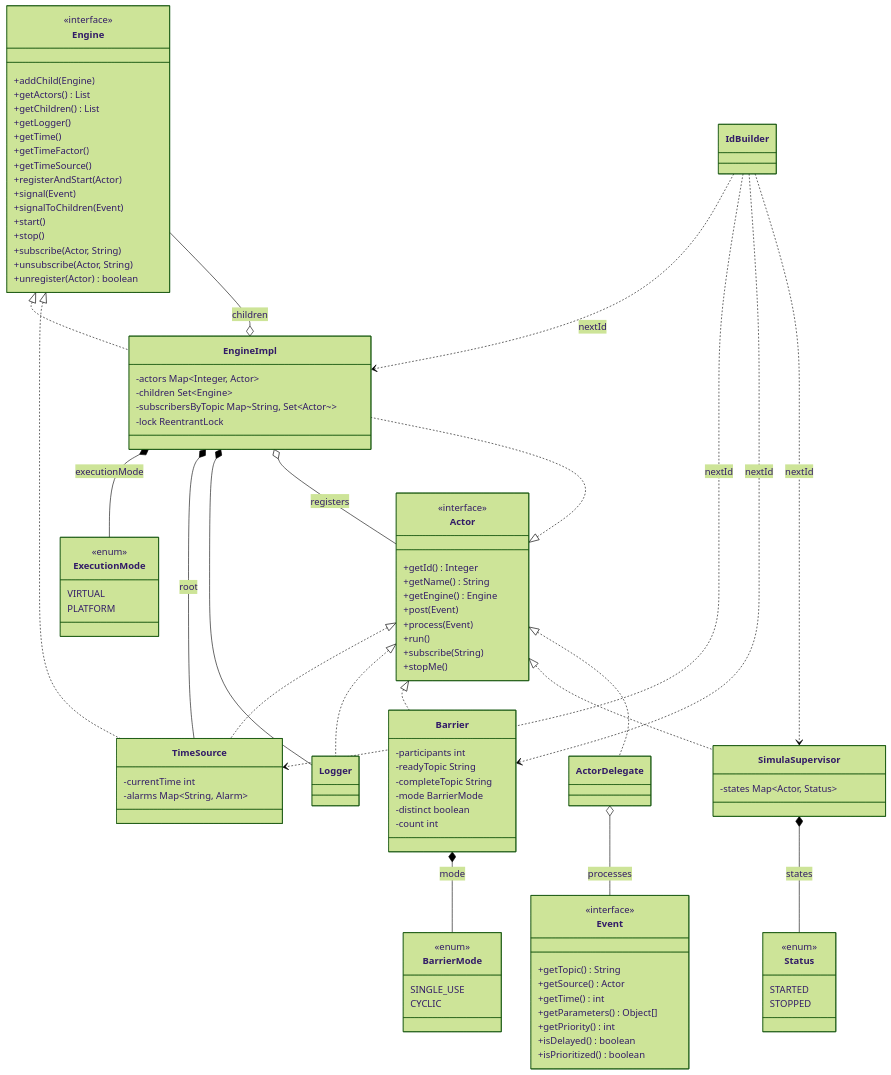
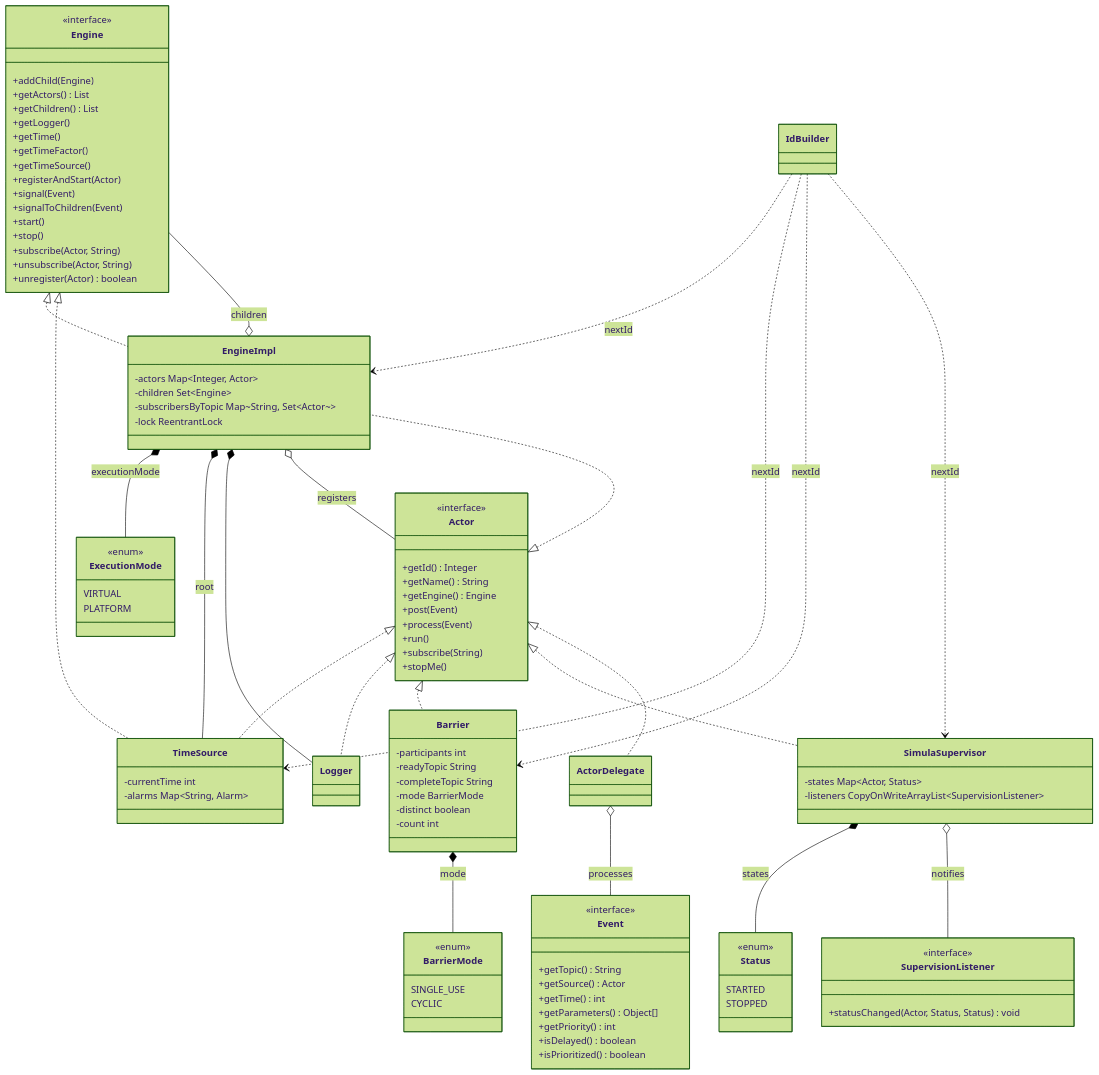
Before and after one commit to JPnCo/simula: the first of 5 diagrams in architecture.md, drawn with Mermaid (forest theme). The commit also changed other lines of this file and 13 other files, not shown here.

First line of the commit message:
Add supervision listener notification to SimulaSupervisor

```diff
--- a/architecture.md
+++ b/architecture.md
@@ -82,6 +82,11 @@
     class Logger
     class SimulaSupervisor {
         -states Map~Actor, Status~
+        -listeners CopyOnWriteArrayList~SupervisionListener~
+    }
+    class SupervisionListener {
+        <<interface>>
+        +statusChanged(Actor, Status, Status) void
     }
     class Status {
         <<enum>>
@@ -105,6 +110,7 @@
     Actor <|.. ActorDelegate
     Barrier *-- BarrierMode : mode
     SimulaSupervisor *-- Status : states
+    SimulaSupervisor o-- SupervisionListener : notifies
     Engine <|.. TimeSource
     ActorDelegate o-- Event : processes
     IdBuilder ..> EngineImpl : nextId
```
